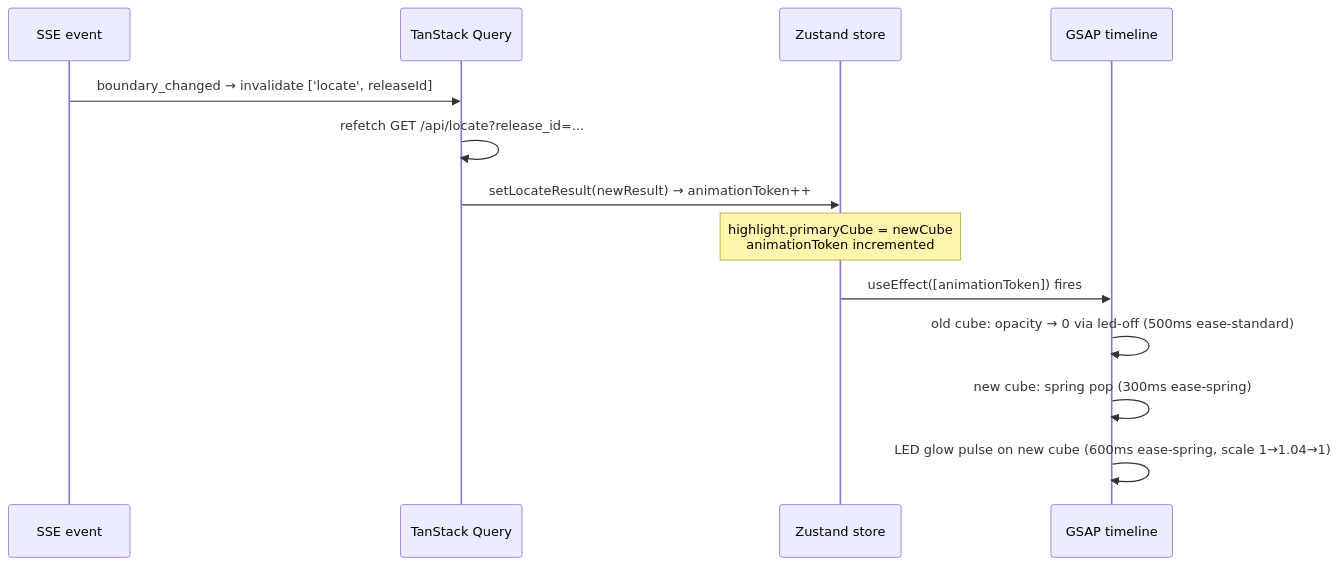
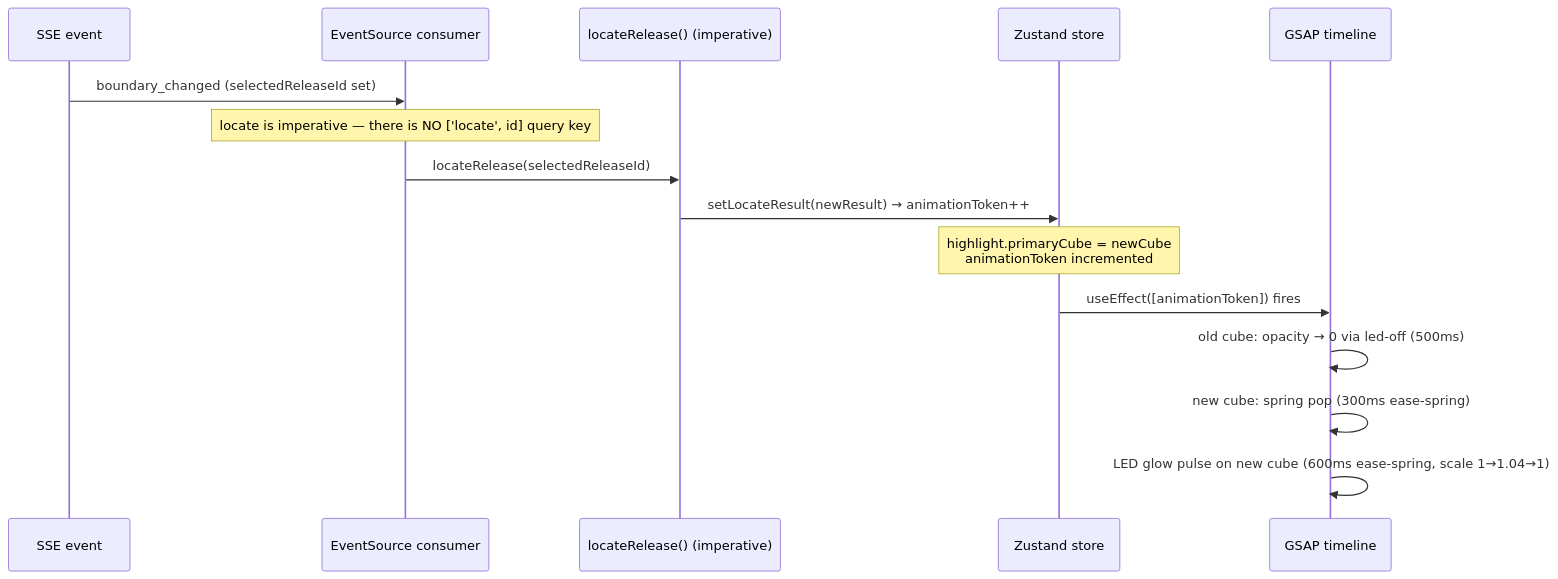
One commit to SimplicityGuy/GRUVAX changed the diagram in .planning/phases/04-realtime-live-updates/04-UI-SPEC.md. Above: the diagram before and after it, drawn with Mermaid. The commit also changed 5 other files, not shown here.

````diff
--- a/.planning/phases/04-realtime-live-updates/04-UI-SPEC.md
+++ b/.planning/phases/04-realtime-live-updates/04-UI-SPEC.md
@@ -200,16 +200,18 @@
 ```mermaid
 sequenceDiagram
     participant SSE as SSE event
-    participant TQ as TanStack Query
+    participant Consumer as EventSource consumer
+    participant API as locateRelease() (imperative)
     participant Store as Zustand store
     participant GSAP as GSAP timeline
 
-    SSE->>TQ: boundary_changed → invalidate ['locate', releaseId]
-    TQ->>TQ: refetch GET /api/locate?release_id=...
-    TQ->>Store: setLocateResult(newResult) → animationToken++
+    SSE->>Consumer: boundary_changed (selectedReleaseId set)
+    Note over Consumer: locate is imperative — there is NO ['locate', id] query key
+    Consumer->>API: locateRelease(selectedReleaseId)
+    API->>Store: setLocateResult(newResult) → animationToken++
     Note over Store: highlight.primaryCube = newCube<br/>animationToken incremented
     Store->>GSAP: useEffect([animationToken]) fires
-    GSAP->>GSAP: old cube: opacity → 0 via led-off (500ms ease-standard)
+    GSAP->>GSAP: old cube: opacity → 0 via led-off (500ms)
     GSAP->>GSAP: new cube: spring pop (300ms ease-spring)
     GSAP->>GSAP: LED glow pulse on new cube (600ms ease-spring, scale 1→1.04→1)
 ```
````
